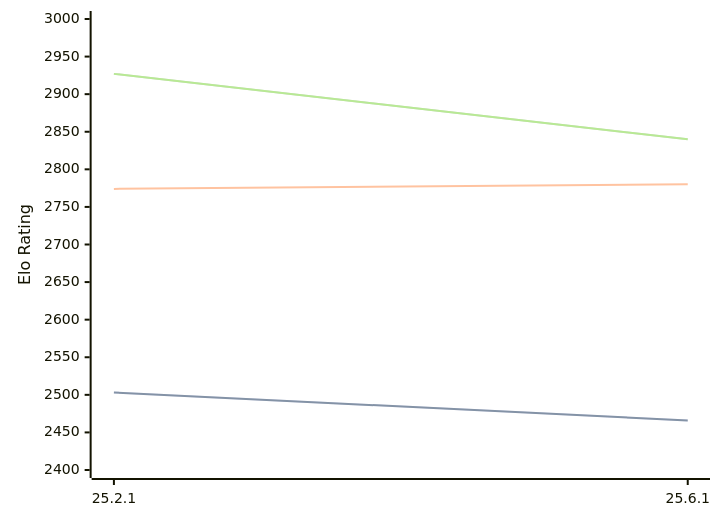
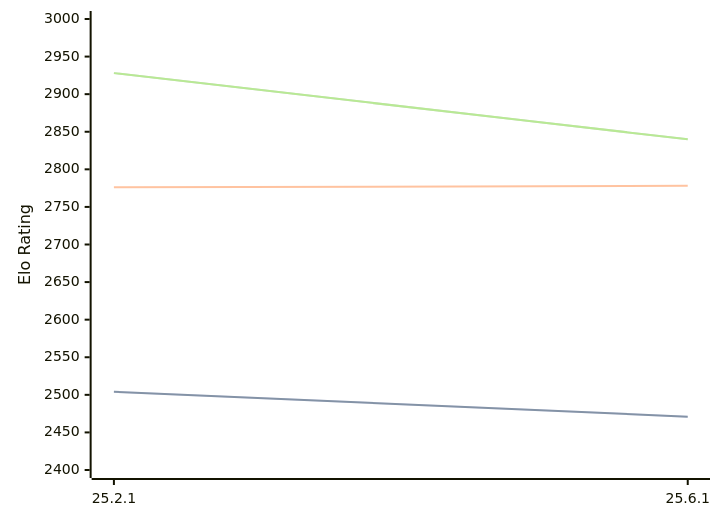
One commit to computer-chess-index/cci changed the diagram in engines/Crafty.md. Above: the diagram before and after it, drawn with Mermaid. The commit also changed other lines of this file, not shown here.

Commit message:
Update CCI Ratings (ELO VLTC) - 2026-08-22

````diff
--- a/engines/Crafty.md
+++ b/engines/Crafty.md
@@ -32,11 +32,11 @@
 ```mermaid
 %%{init: {"theme":"base","themeVariables":{"seriesColors:['#a3a3a3','#222221','#faa371']}}}%%
 xychart-beta
   x-axis ["25.2.1", "25.6.1"]
   y-axis "Elo Rating" 2400 --> 3000
-  line "STC (8.0+0.08s)" [2503, 2466]
-  line "STC (8.0+0.08s)" [2503, 2466]
-  line "LTC (60.0+0.60s)" [2774, 2780]
-  line "VLTC (2m24s+1.12s)" [2927, 2840]
-  line "VLTC (2m24s+1.12s)" [2927, 2840]
+  line "STC (8.0+0.08s)" [2504, 2471]
+  line "STC (8.0+0.08s)" [2504, 2471]
+  line "LTC (60.0+0.60s)" [2776, 2778]
+  line "VLTC (2m24s+1.12s)" [2928, 2840]
+  line "VLTC (2m24s+1.12s)" [2928, 2840]
 ```
````
